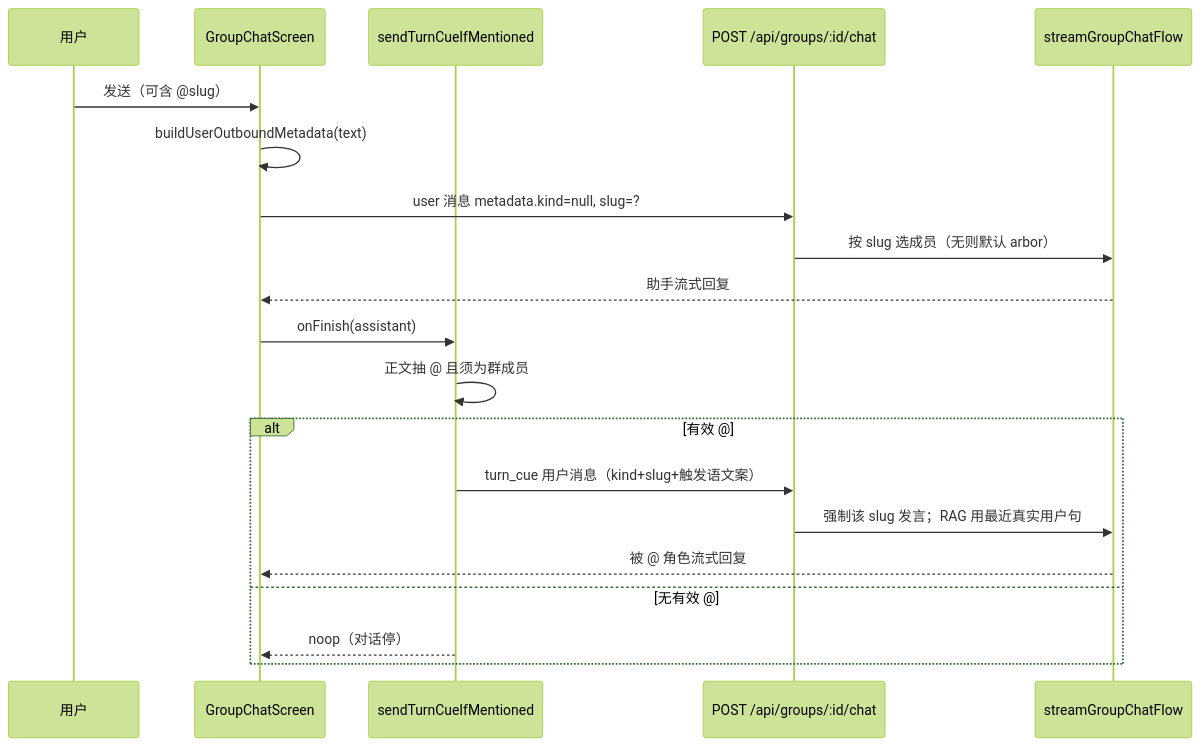
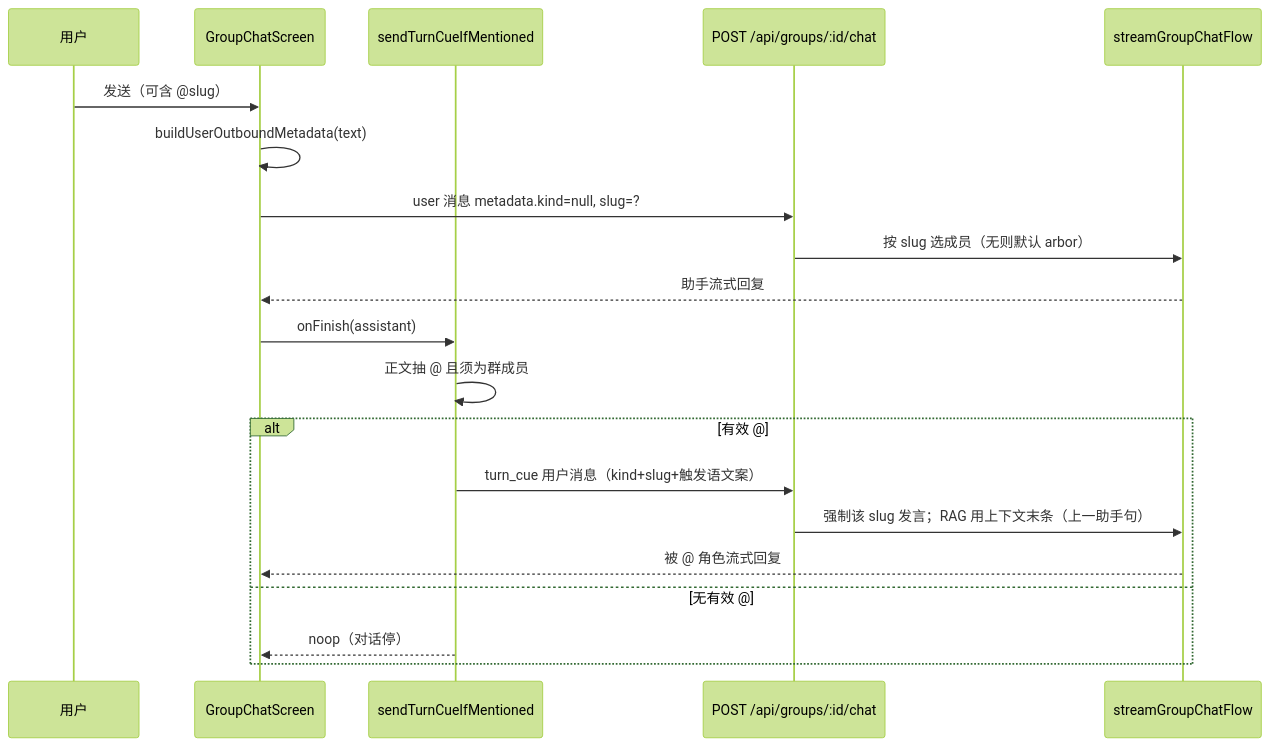
Before and after one commit to lilialab/lilia: the diagram in docs/groups/mention-turn-cue.md, drawn with Mermaid (forest theme). The commit also changed other lines of this file and 12 other files, not shown here.

````diff
--- a/docs/groups/mention-turn-cue.md
+++ b/docs/groups/mention-turn-cue.md
@@ -22,24 +22,24 @@
 ```mermaid
 sequenceDiagram
   participant User as 用户
   participant UI as GroupChatScreen
   participant Cue as sendTurnCueIfMentioned
   participant API as POST /api/groups/:id/chat
   participant Svc as streamGroupChatFlow
 
   User->>UI: 发送（可含 @slug）
   UI->>UI: buildUserOutboundMetadata(text)
   UI->>API: user 消息 metadata.kind=null, slug=?
   API->>Svc: 按 slug 选成员（无则默认 arbor）
   Svc-->>UI: 助手流式回复
 
   UI->>Cue: onFinish(assistant)
   Cue->>Cue: 正文抽 @ 且须为群成员
   alt 有效 @
     Cue->>API: turn_cue 用户消息（kind+slug+触发语文案）
-    API->>Svc: 强制该 slug 发言；RAG 用最近真实用户句
+    API->>Svc: 强制该 slug 发言；RAG 用上下文末条（上一助手句）
     Svc-->>UI: 被 @ 角色流式回复
   else 无有效 @
     Cue-->>UI: noop（对话停）
   end
 ```
````
